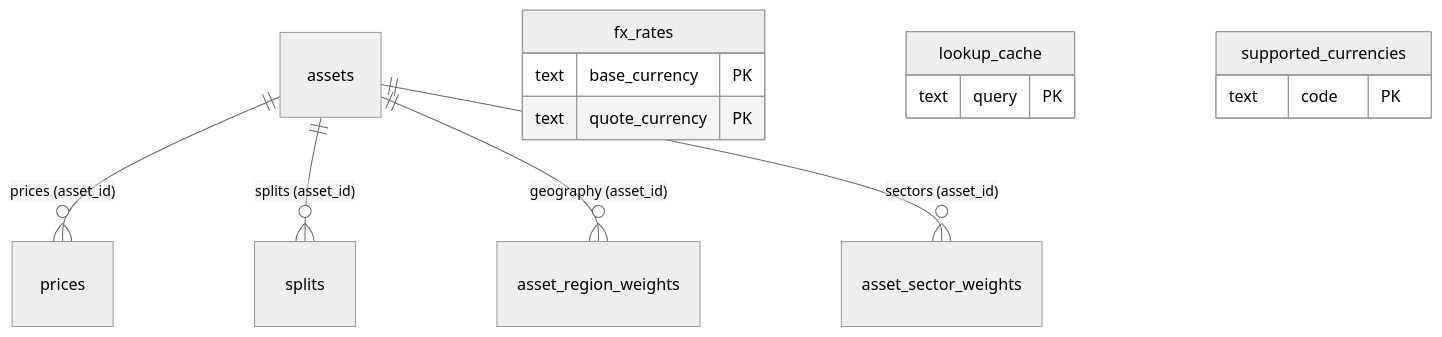
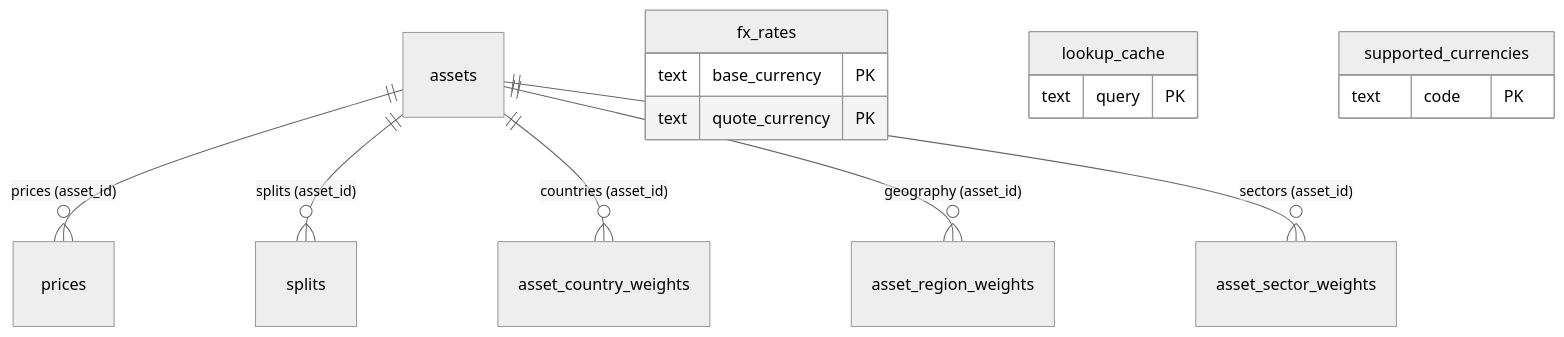
The second of 2 diagrams in docs/DATABASE-GUIDE.en.md (alv67/vault-lab), drawn with Mermaid (neutral theme) before and after one commit. The commit also changed other lines of this file and 30 other files, not shown here.

````diff
--- a/docs/DATABASE-GUIDE.en.md
+++ b/docs/DATABASE-GUIDE.en.md
@@ -98,18 +98,19 @@
 ```mermaid
 erDiagram
     assets ||--o{ prices : "prices (asset_id)"
     assets ||--o{ splits : "splits (asset_id)"
+    assets ||--o{ asset_country_weights : "countries (asset_id)"
     assets ||--o{ asset_region_weights : "geography (asset_id)"
     assets ||--o{ asset_sector_weights : "sectors (asset_id)"
 
     fx_rates {
         text base_currency PK
         text quote_currency PK
     }
     lookup_cache {
         text query PK
     }
     supported_currencies {
         text code PK
     }
 ```
````
